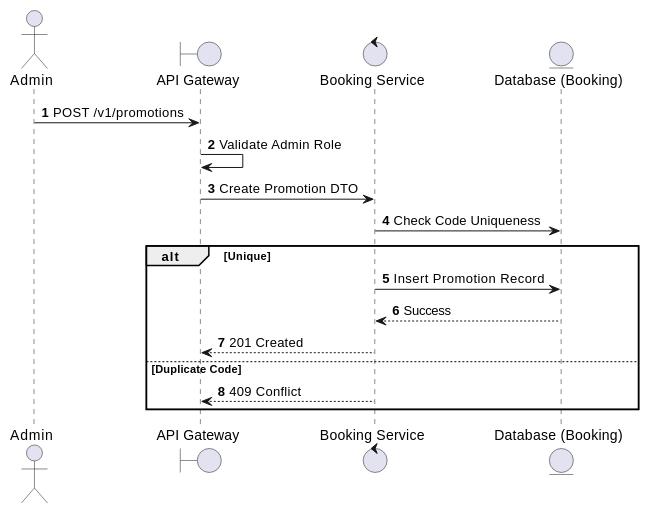
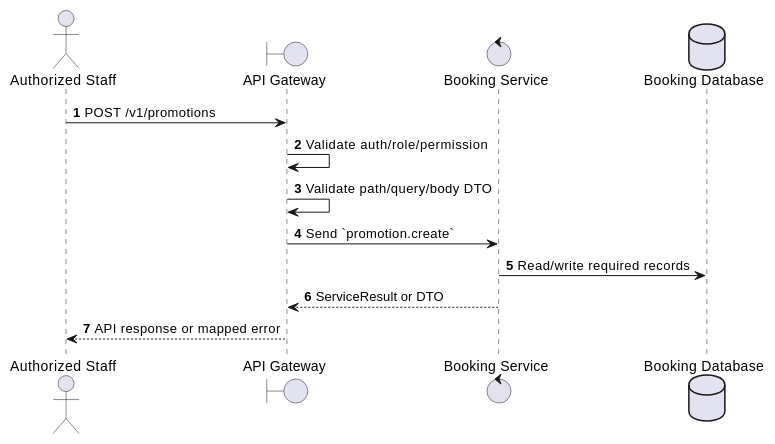
Before and after one commit to Tanh1603/movie-hub-architecture: the first of 2 diagrams in docs/functional_specs/3.10_Promotions_Discounts_Module/PM-05_Create_Promotion.md, drawn with PlantUML. The commit also changed other lines of this file and 126 other files, not shown here.

````diff
--- a/docs/functional_specs/3.10_Promotions_Discounts_Module/PM-05_Create_Promotion.md
+++ b/docs/functional_specs/3.10_Promotions_Discounts_Module/PM-05_Create_Promotion.md
@@ -17,21 +17,17 @@
 ```plantuml
 @startuml
 autonumber
-actor Admin
+actor "Authorized Staff" as Actor
 boundary "API Gateway" as GW
-control "Booking Service" as BS
-entity "Database (Booking)" as DB
+control "Booking Service" as SVC
+database "Booking Database" as DB
 
-Admin -> GW: POST /v1/promotions
-GW -> GW: Validate Admin Role
-GW -> BS: Create Promotion DTO
-BS -> DB: Check Code Uniqueness
-alt Unique
-    BS -> DB: Insert Promotion Record
-    DB --> BS: Success
-    BS --> GW: 201 Created
-else Duplicate Code
-    BS --> GW: 409 Conflict
-end
+Actor -> GW: POST /v1/promotions
+GW -> GW: Validate auth/role/permission
+GW -> GW: Validate path/query/body DTO
+GW -> SVC: Send `promotion.create`
+SVC -> DB: Read/write required records
+SVC --> GW: ServiceResult or DTO
+GW --> Actor: API response or mapped error
 @enduml
 ```
````
